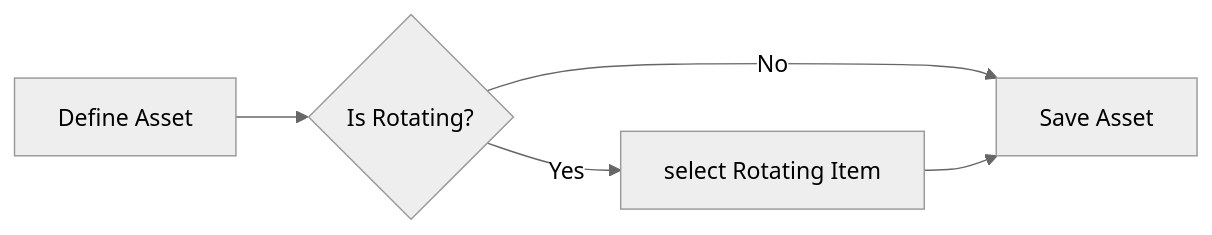
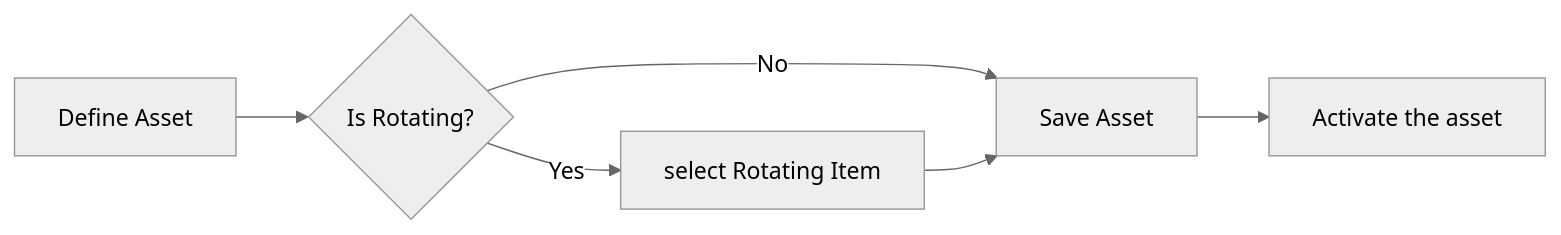
Before and after one commit to codersyacht/maximo-knowledge-center: the diagram in maximo/docs/assets/assets.md, drawn with Mermaid (neutral theme). The commit also changed other lines of this file, not shown here.

````diff
--- a/maximo/docs/assets/assets.md
+++ b/maximo/docs/assets/assets.md
@@ -18,7 +18,8 @@
 ```mermaid
 graph LR
 A[Define Asset] --> B{Is Rotating?}
 B --> |No| C[Save Asset]
 B --> |Yes| D[select Rotating Item]
 D --> C
+C --> E[Activate the asset]
 ```
````
